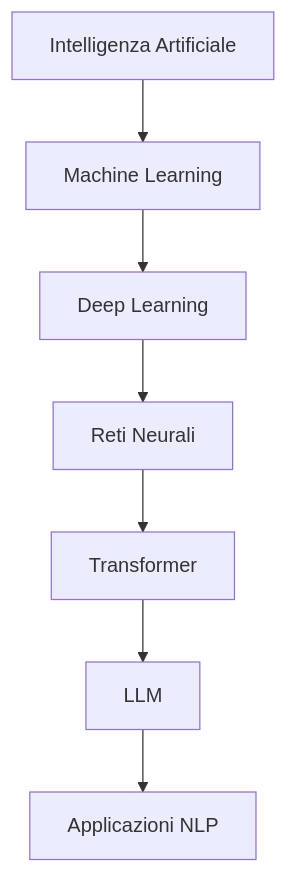
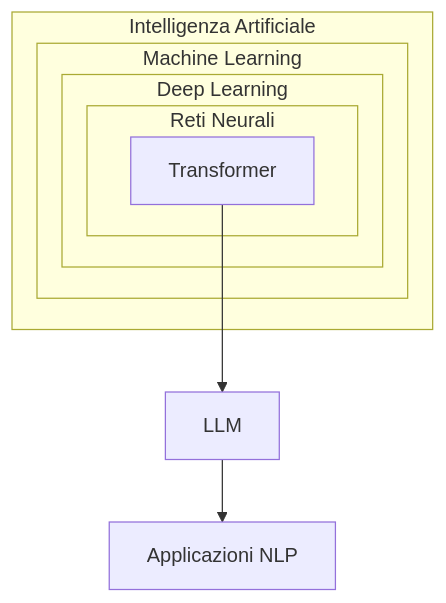
The diagram in docs/llm/llm.md (campionl/dl), drawn with Mermaid before and after one commit. The commit also changed other lines of this file, not shown here.

Commit message:
rev md llm

````diff
--- a/docs/llm/llm.md
+++ b/docs/llm/llm.md
@@ -259,9 +250,16 @@
 ```mermaid  
-graph TD  
-    A[Intelligenza Artificiale] --> B[Machine Learning]  
-    B --> C[Deep Learning]  
-    C --> D[Reti Neurali]  
-    D --> E[Transformer]  
-    E --> F[LLM]  
-    F --> G[Applicazioni NLP]  
-```  
+graph TD
+    %% Definizione delle aree concettuali
+    subgraph IA [Intelligenza Artificiale]
+        subgraph ML [Machine Learning]
+            subgraph DL [Deep Learning]
+                subgraph RN [Reti Neurali]
+                    Transformer
+                end
+            end
+        end
+    end
+
+    Transformer --> LLM
+    LLM --> NLP[Applicazioni NLP]
+``` 
````
